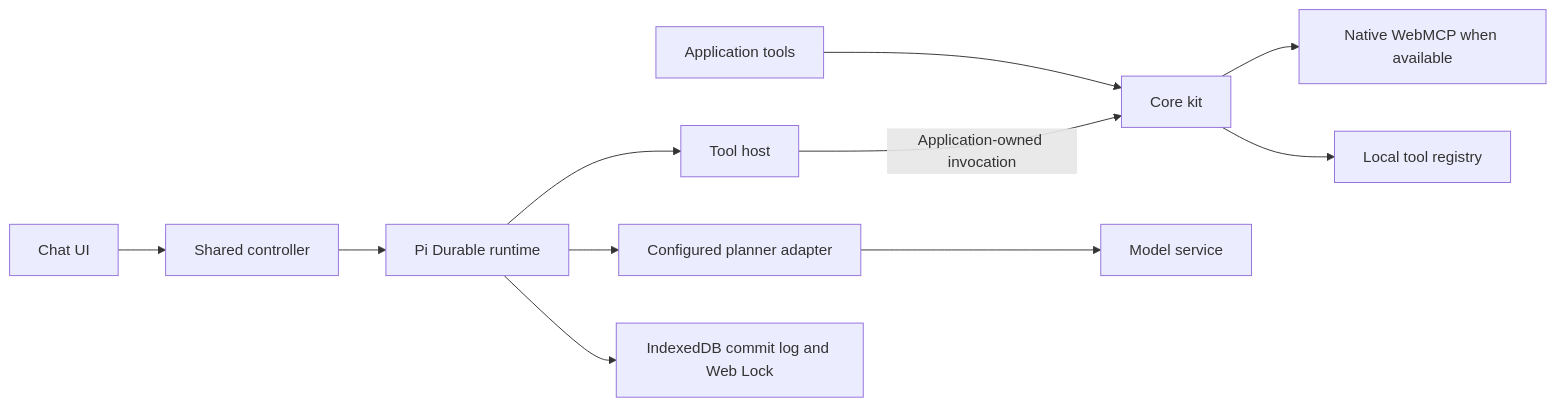
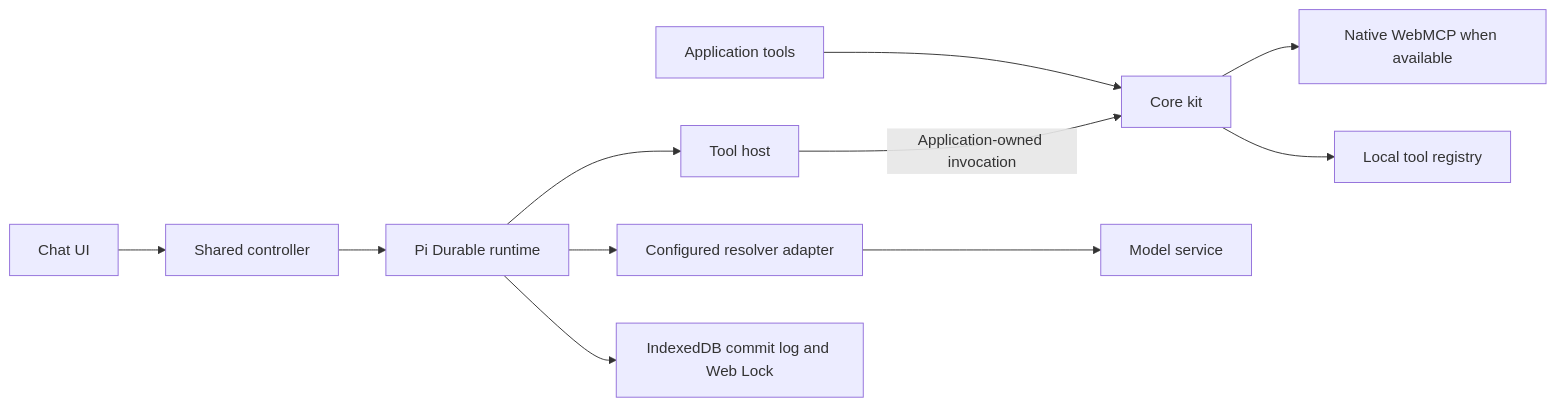
Before and after one commit to vampaz/web-mcp: the diagram in temp-docs/implement-webmcp-kit-harness-chat-and-extension.md, drawn with Mermaid. The commit also changed other lines of this file and 79 other files, not shown here.

````diff
--- a/temp-docs/implement-webmcp-kit-harness-chat-and-extension.md
+++ b/temp-docs/implement-webmcp-kit-harness-chat-and-extension.md
@@ -105,13 +105,13 @@
 ```mermaid
 flowchart LR
   App[Application tools] --> Core[Core kit]
   Core --> Native[Native WebMCP when available]
   Core --> Registry[Local tool registry]
   Chat[Chat UI] --> Controller[Shared controller]
   Controller --> Pi[Pi Durable runtime]
   Pi --> Host[Tool host]
   Host -->|Application-owned invocation| Core
-  Pi --> Planner[Configured planner adapter]
-  Planner --> Model[Model service]
+  Pi --> Resolver[Configured resolver adapter]
+  Resolver --> Model[Model service]
   Pi --> Storage[IndexedDB commit log and Web Lock]
 ```
````
